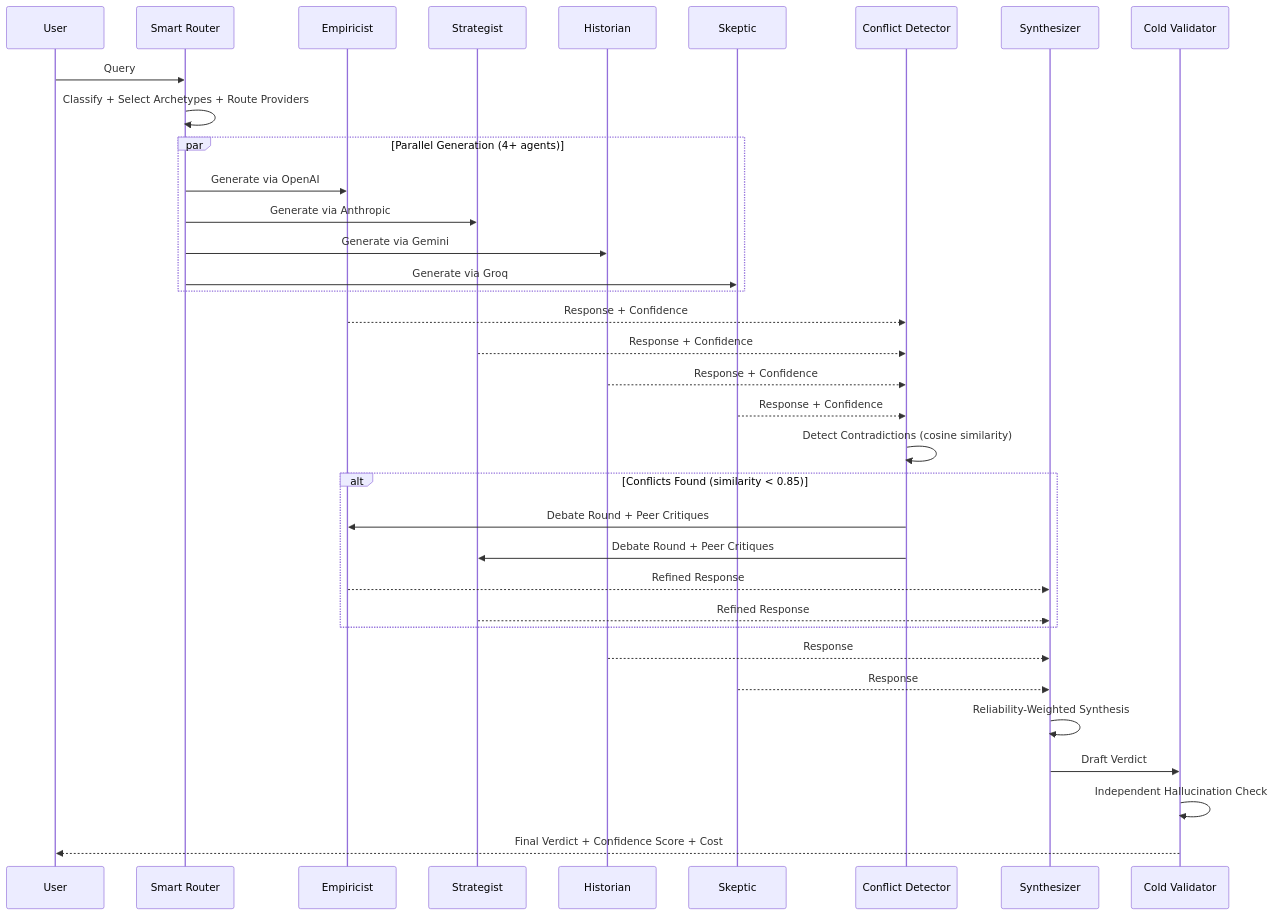
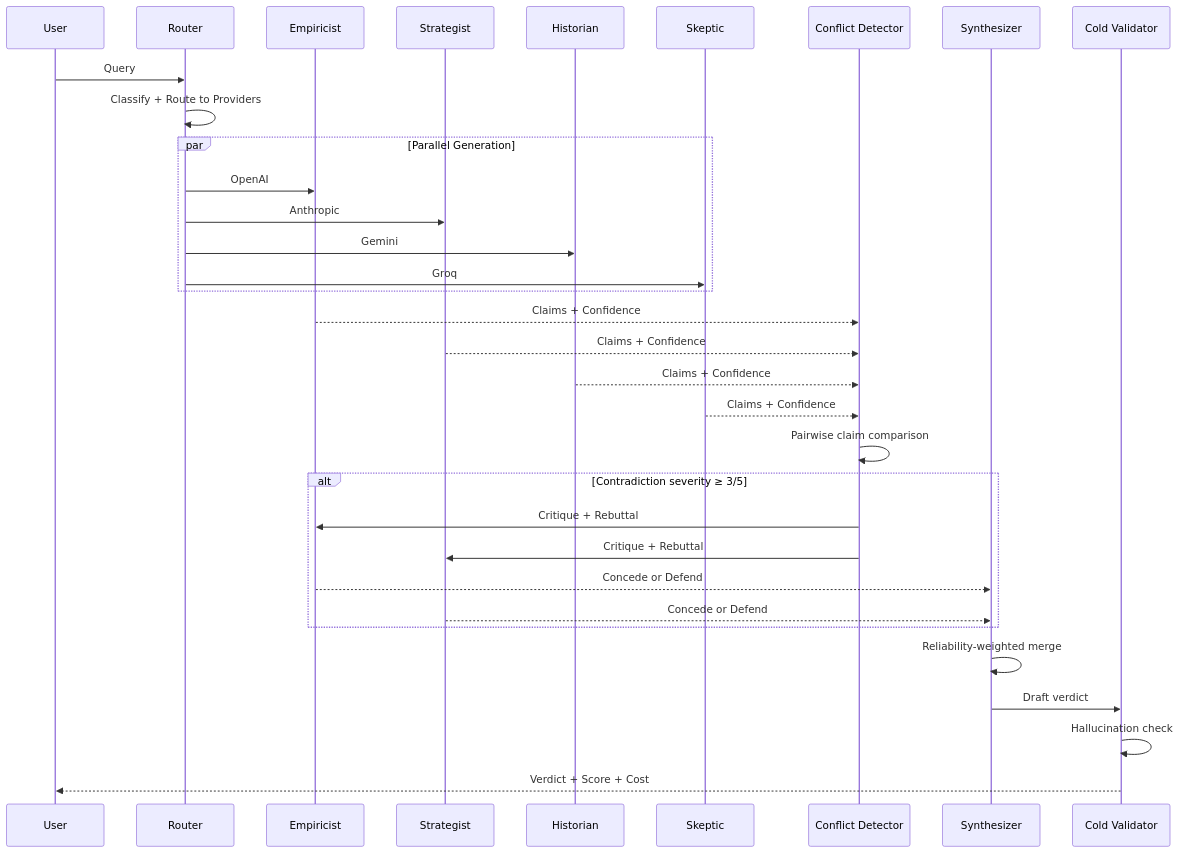
Before and after one commit to Yash-Awasthi/Judica: the first of 2 diagrams in README.md, drawn with Mermaid. The commit also changed other lines of this file, not shown here.

First line of the commit message:
docs: rewrite README with compact mermaid diagrams and detailed technical copy

````diff
--- a/README.md
+++ b/README.md
@@ -43,43 +45,41 @@
 ```mermaid
 sequenceDiagram
     participant U as User
-    participant R as Smart Router
+    participant R as Router
     participant A1 as Empiricist
     participant A2 as Strategist
     participant A3 as Historian
     participant A4 as Skeptic
     participant CD as Conflict Detector
     participant S as Synthesizer
     participant V as Cold Validator
 
     U->>R: Query
-    R->>R: Classify + Select Archetypes + Route Providers
+    R->>R: Classify + Route to Providers
 
-    par Parallel Generation (4+ agents)
-        R->>A1: Generate via OpenAI
-        R->>A2: Generate via Anthropic
-        R->>A3: Generate via Gemini
-        R->>A4: Generate via Groq
+    par Parallel Generation
+        R->>A1: OpenAI
+        R->>A2: Anthropic
+        R->>A3: Gemini
+        R->>A4: Groq
     end
 
-    A1-->>CD: Response + Confidence
-    A2-->>CD: Response + Confidence
-    A3-->>CD: Response + Confidence
-    A4-->>CD: Response + Confidence
+    A1-->>CD: Claims + Confidence
+    A2-->>CD: Claims + Confidence
+    A3-->>CD: Claims + Confidence
+    A4-->>CD: Claims + Confidence
 
-    CD->>CD: Detect Contradictions (cosine similarity)
+    CD->>CD: Pairwise claim comparison
 
-    alt Conflicts Found (similarity < 0.85)
-        CD->>A1: Debate Round + Peer Critiques
-        CD->>A2: Debate Round + Peer Critiques
-        A1-->>S: Refined Response
-        A2-->>S: Refined Response
+    alt Contradiction severity ≥ 3/5
+        CD->>A1: Critique + Rebuttal
+        CD->>A2: Critique + Rebuttal
+        A1-->>S: Concede or Defend
+        A2-->>S: Concede or Defend
     end
 
-    A3-->>S: Response
-    A4-->>S: Response
-    S->>S: Reliability-Weighted Synthesis
-    S->>V: Draft Verdict
-    V->>V: Independent Hallucination Check
-    V-->>U: Final Verdict + Confidence Score + Cost
+    S->>S: Reliability-weighted merge
+    S->>V: Draft verdict
+    V->>V: Hallucination check
+    V-->>U: Verdict + Score + Cost
 ```
````
